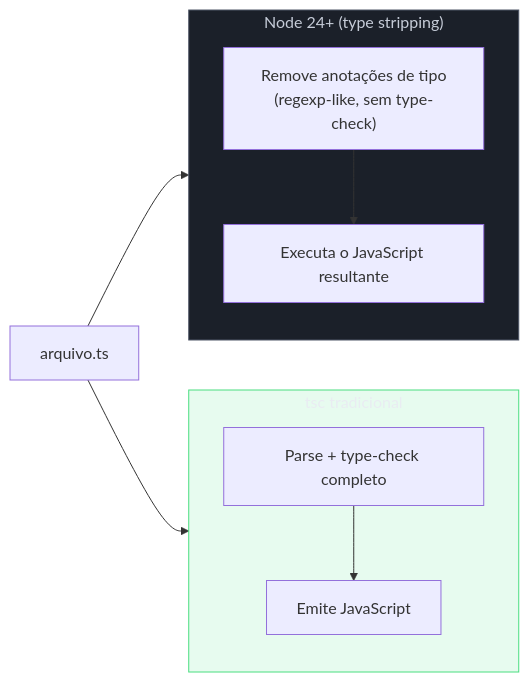
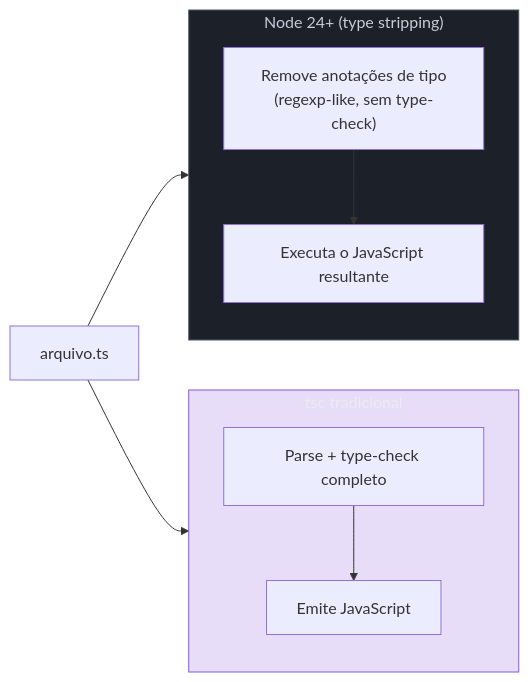
One commit to josenaldo/codex-technomanticus changed the seventh of 7 diagrams in 03-Dominios/Tecnologia/TypeScript/21 - Modules - ESM, CJS e type-only imports.md. Above: the diagram before and after it, drawn with Mermaid. The commit also changed other lines of this file and 601 other files, not shown here.

````diff
--- a/03-Dominios/Tecnologia/TypeScript/21 - Modules - ESM, CJS e type-only imports.md
+++ b/03-Dominios/Tecnologia/TypeScript/21 - Modules - ESM, CJS e type-only imports.md
@@ -587,24 +588,24 @@
 ```mermaid
 flowchart LR
+    classDef marca fill:#8855DF33,stroke:#8855DF,color:#E9ECF2
     classDef neutro fill:#1B2029,stroke:#4E5666,color:#C6CCD8
-    classDef ok fill:#4ADE8021,stroke:#4ADE80,color:#E9ECF2
     TS_FILE["arquivo.ts"]
 
     subgraph NODE24["Node 24+ (type stripping)"]
         STRIP["Remove anotações de tipo\n(regexp-like, sem type-check)"]
         RUN["Executa o JavaScript resultante"]
         STRIP --> RUN
     end
 
     subgraph TSC["tsc tradicional"]
         PARSE["Parse + type-check completo"]
         EMIT_JS["Emite JavaScript"]
         PARSE --> EMIT_JS
     end
 
     TS_FILE --> NODE24
     TS_FILE --> TSC
 
     class NODE24 neutro
-    class TSC ok
+    class TSC marca
 ```
````
